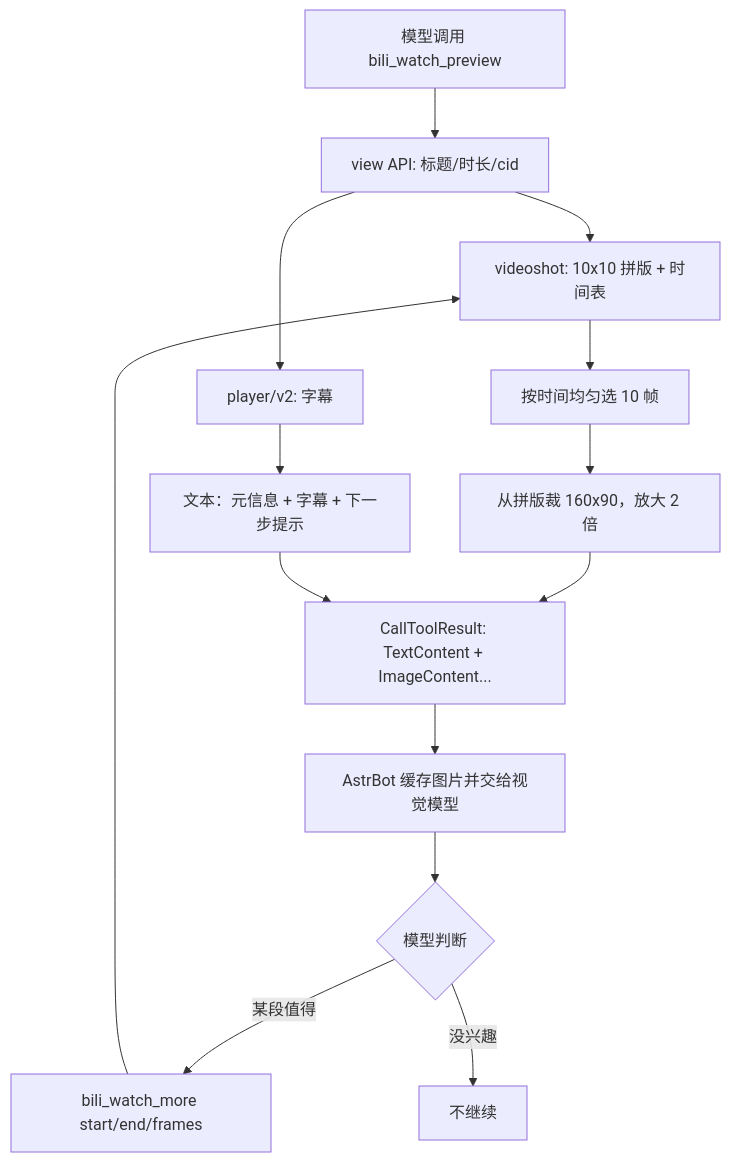
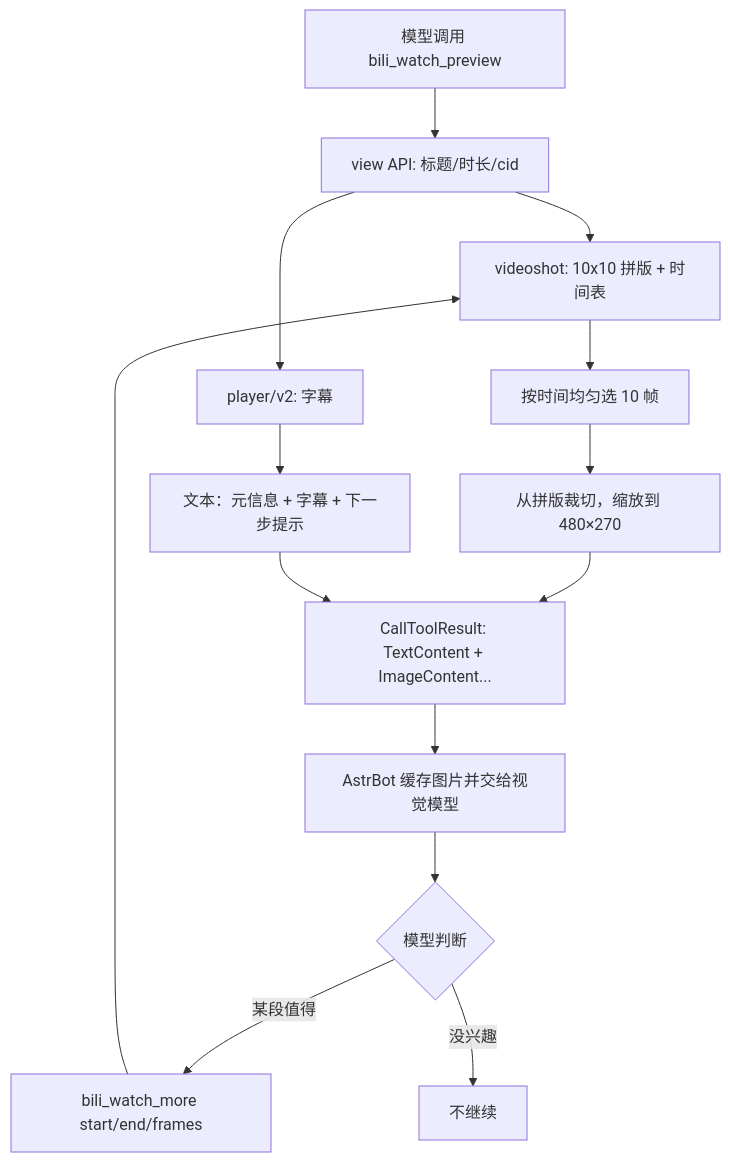
The diagram in README.md (QKqiuku/astrbot_plugin_bili_watch), drawn with Mermaid before and after one commit. The commit also changed other lines of this file and 5 other files, not shown here.

````diff
--- a/README.md
+++ b/README.md
@@ -180,16 +204,16 @@
 ```mermaid
 flowchart TB
   A[模型调用 bili_watch_preview] --> B[view API: 标题/时长/cid]
   B --> C[videoshot: 10x10 拼版 + 时间表]
   B --> D[player/v2: 字幕]
   C --> E[按时间均匀选 10 帧]
-  E --> F[从拼版裁 160x90，放大 2 倍]
+  E --> F[从拼版裁切，缩放到 480×270]
   D --> G[文本：元信息 + 字幕 + 下一步提示]
   F --> H[CallToolResult: TextContent + ImageContent...]
   G --> H
   H --> I[AstrBot 缓存图片并交给视觉模型]
   I --> J{模型判断}
   J -->|某段值得| K[bili_watch_more start/end/frames]
   J -->|没兴趣| L[不继续]
   K --> C
 ```
````
